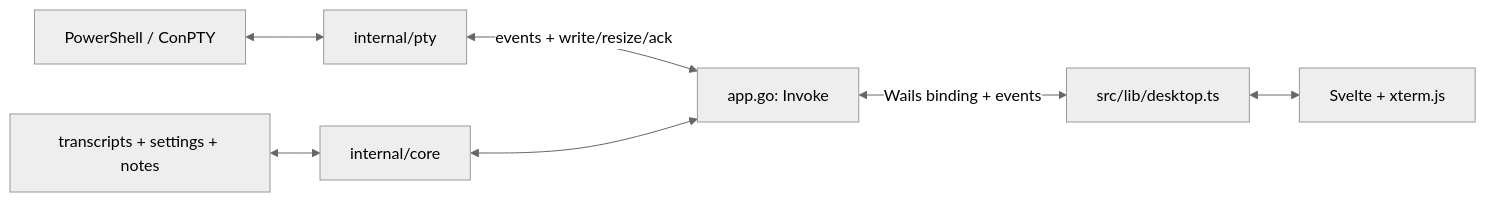
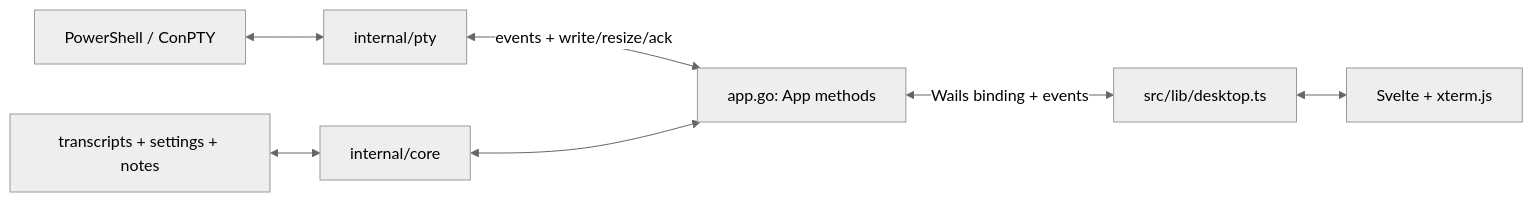
The diagram in ARCHITECTURE.md (arghya2801/agent-terminal-control), drawn with Mermaid (neutral theme) before and after one commit. The commit also changed other lines of this file and 13 other files, not shown here.

````diff
--- a/ARCHITECTURE.md
+++ b/ARCHITECTURE.md
@@ -12,9 +12,9 @@
 ```mermaid
 graph LR
   Shell[PowerShell / ConPTY] <--> PTY[internal/pty]
-  PTY <-->|events + write/resize/ack| App[app.go: Invoke]
+  PTY <-->|events + write/resize/ack| App[app.go: App methods]
   Files[transcripts + settings + notes] <--> Core[internal/core]
   Core <--> App
   App <-->|Wails binding + events| Transport[src/lib/desktop.ts]
   Transport <--> UI[Svelte + xterm.js]
 ```
````
